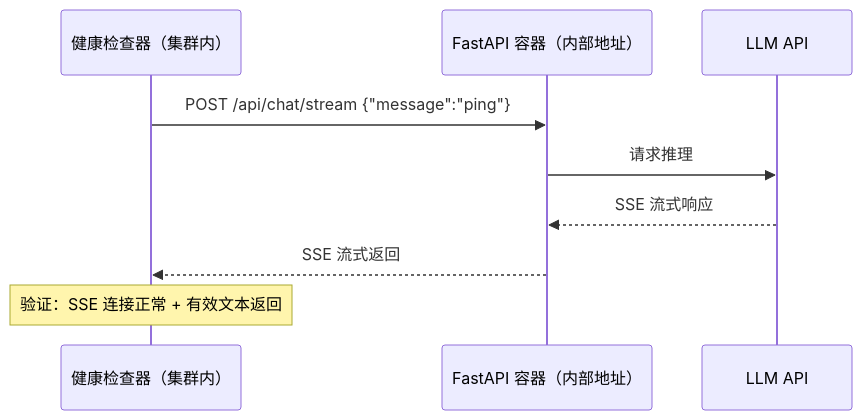
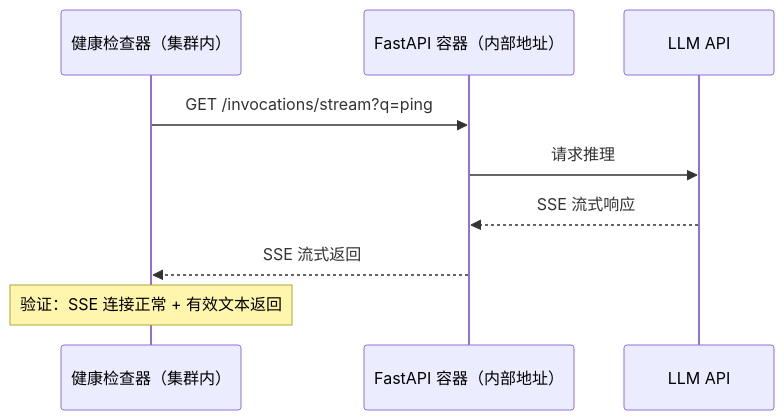
Before and after one commit to T-1009/personal-assistant: the eighth of 8 diagrams in personal-assistant-meta/architecture/frontend_architecture.md, drawn with Mermaid. The commit also changed other lines of this file and 1 other file, not shown here.

Commit message:
docs: update architecture docs routes to /invocations/* paths

````diff
--- a/personal-assistant-meta/architecture/frontend_architecture.md
+++ b/personal-assistant-meta/architecture/frontend_architecture.md
@@ -326,12 +327,12 @@
 ```mermaid
 sequenceDiagram
     participant HC as 健康检查器（集群内）
     participant FastAPI as FastAPI 容器（内部地址）
     participant LLM as LLM API
 
-    HC->>FastAPI: POST /api/chat/stream {"message":"ping"}
+    HC->>FastAPI: GET /invocations/stream?q=ping
     FastAPI->>LLM: 请求推理
     LLM-->>FastAPI: SSE 流式响应
     FastAPI-->>HC: SSE 流式返回
     Note over HC: 验证：SSE 连接正常 + 有效文本返回
 ```
````
